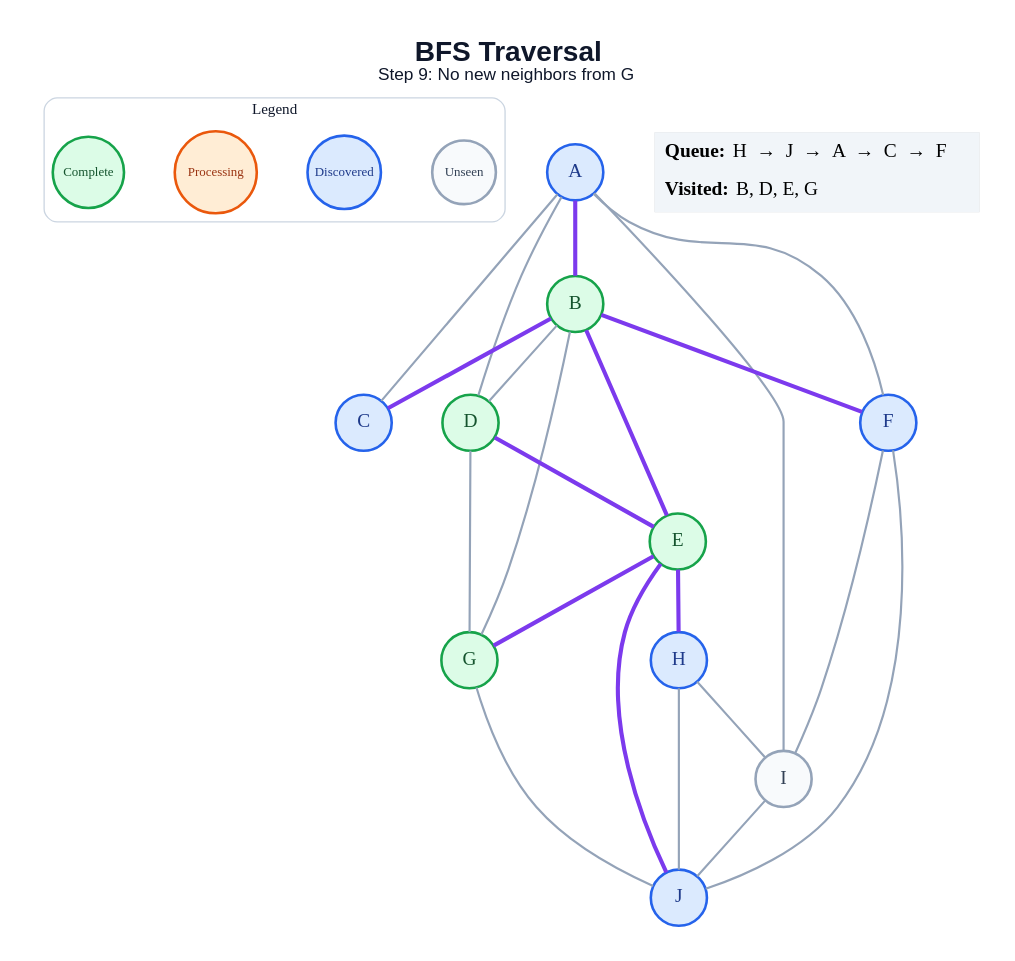
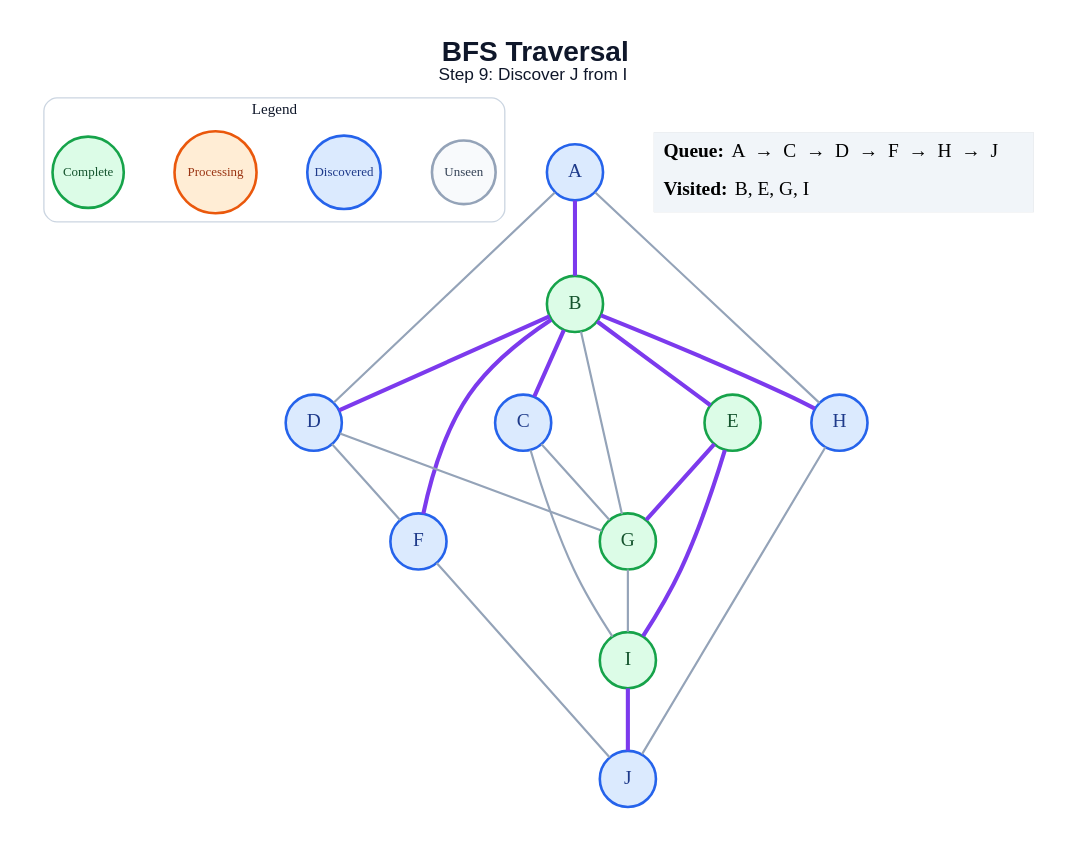
One commit to amanghodawala9/ai-slop changed the diagram in generated/specific-node/bfs/step_09.dot. Above: the diagram before and after it, drawn with Graphviz. The commit also changed 178 other files, not shown here.

```diff
--- a/generated/specific-node/bfs/step_09.dot
+++ b/generated/specific-node/bfs/step_09.dot
@@ -1,50 +1,48 @@
 graph traversal {
   graph [layout=dot, rankdir=TB, bgcolor="#FFFFFF", pad="0.35", nodesep="0.65", ranksep="0.8", fontname="Arial"];
   node [shape=circle, style="filled", fontname="Arial Bold", fontsize=18, width=0.72, fixedsize=true, penwidth=2.4];
   edge [color="#94A3B8", penwidth=2.0];
-  label=<<B>BFS Traversal</B><BR/><FONT POINT-SIZE="16">Step 9: No new neighbors from G</FONT>>; labelloc="t"; fontsize=26; fontname="Arial"; fontcolor="#0F172A";
+  label=<<B>BFS Traversal</B><BR/><FONT POINT-SIZE="16">Step 9: Discover J from I</FONT>>; labelloc="t"; fontsize=26; fontname="Arial"; fontcolor="#0F172A";
   subgraph cluster_legend { label="Legend"; color="#CBD5E1"; penwidth=1.2; style="rounded"; fontsize=14; fontname="Arial Bold";
     key_unseen [label="Unseen", fillcolor="#F8FAFC", color="#94A3B8", fontcolor="#334155", fontsize=12, width=0.82];
     key_frontier [label="Discovered", fillcolor="#DBEAFE", color="#2563EB", fontcolor="#1E3A8A", fontsize=12, width=0.95];
     key_current [label="Processing", fillcolor="#FFEDD5", color="#EA580C", fontcolor="#9A3412", fontsize=12, width=1.05];
     key_done [label="Complete", fillcolor="#DCFCE7", color="#16A34A", fontcolor="#14532D", fontsize=12, width=0.92];
     { rank=same; key_unseen; key_frontier; key_current; key_done; }
   }
   A [fillcolor="#DBEAFE", color="#2563EB", fontcolor="#1E3A8A"];
   B [fillcolor="#DCFCE7", color="#16A34A", fontcolor="#14532D"];
   C [fillcolor="#DBEAFE", color="#2563EB", fontcolor="#1E3A8A"];
-  D [fillcolor="#DCFCE7", color="#16A34A", fontcolor="#14532D"];
+  D [fillcolor="#DBEAFE", color="#2563EB", fontcolor="#1E3A8A"];
   E [fillcolor="#DCFCE7", color="#16A34A", fontcolor="#14532D"];
   F [fillcolor="#DBEAFE", color="#2563EB", fontcolor="#1E3A8A"];
   G [fillcolor="#DCFCE7", color="#16A34A", fontcolor="#14532D"];
   H [fillcolor="#DBEAFE", color="#2563EB", fontcolor="#1E3A8A"];
-  I [fillcolor="#F8FAFC", color="#94A3B8", fontcolor="#334155"];
+  I [fillcolor="#DCFCE7", color="#16A34A", fontcolor="#14532D"];
   J [fillcolor="#DBEAFE", color="#2563EB", fontcolor="#1E3A8A"];
   A -- B [color="#7C3AED", penwidth=3.8];
-  A -- C;
   A -- D;
-  A -- F;
-  A -- I;
+  A -- H;
   B -- C [color="#7C3AED", penwidth=3.8];
-  B -- D;
+  B -- D [color="#7C3AED", penwidth=3.8];
   B -- E [color="#7C3AED", penwidth=3.8];
   B -- F [color="#7C3AED", penwidth=3.8];
   B -- G;
-  D -- E [color="#7C3AED", penwidth=3.8];
+  B -- H [color="#7C3AED", penwidth=3.8];
+  C -- G;
+  C -- I;
+  D -- F;
   D -- G;
   E -- G [color="#7C3AED", penwidth=3.8];
-  E -- H [color="#7C3AED", penwidth=3.8];
-  E -- J [color="#7C3AED", penwidth=3.8];
-  F -- I;
+  E -- I [color="#7C3AED", penwidth=3.8];
   F -- J;
-  G -- J;
-  H -- I;
+  G -- I;
   H -- J;
-  I -- J;
+  I -- J [color="#7C3AED", penwidth=3.8];
   status [shape=plain, fixedsize=false, width=0, height=0, margin=0, label=<
     <TABLE BORDER="0" CELLBORDER="0" CELLPADDING="7" BGCOLOR="#F1F5F9">
-      <TR><TD ALIGN="LEFT"><B>Queue:</B> H  →  J  →  A  →  C  →  F</TD></TR>
-      <TR><TD ALIGN="LEFT"><B>Visited:</B> B, D, E, G</TD></TR>
+      <TR><TD ALIGN="LEFT"><B>Queue:</B> A  →  C  →  D  →  F  →  H  →  J</TD></TR>
+      <TR><TD ALIGN="LEFT"><B>Visited:</B> B, E, G, I</TD></TR>
     </TABLE>
   >];
 }
```
